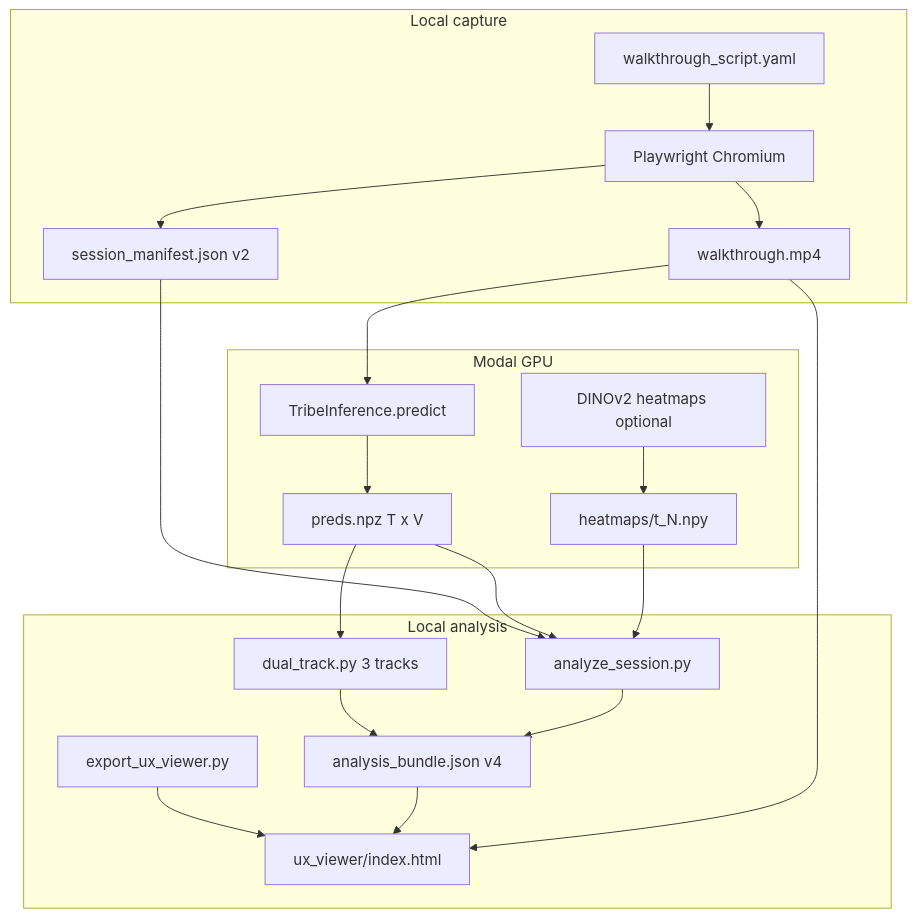
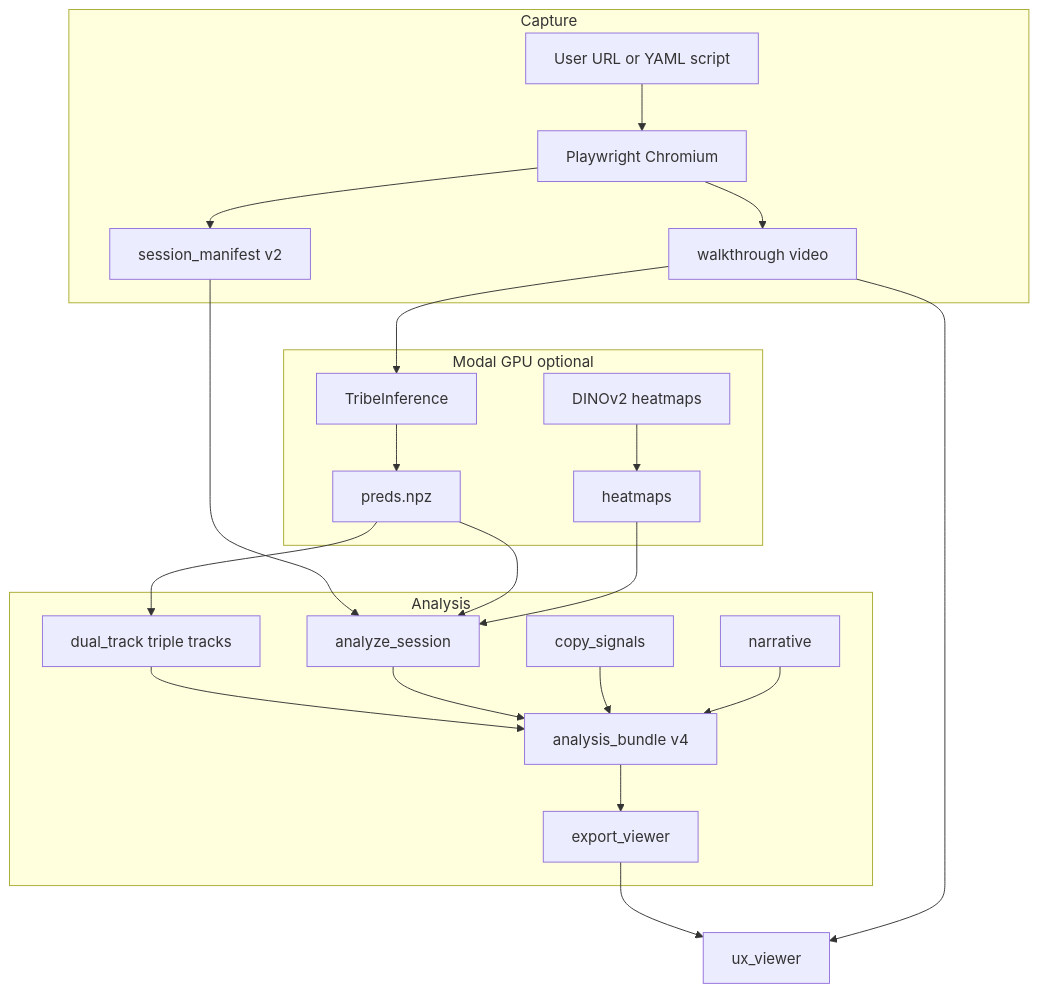
Before and after one commit to hnaracodes/Salience: the diagram in README.md, drawn with Mermaid. The commit also changed other lines of this file and 181 other files, not shown here.

````diff
--- a/README.md
+++ b/README.md
@@ -61,37 +126,40 @@
 ```mermaid
 flowchart TB
-  subgraph capture [Local capture]
-    YAML[walkthrough_script.yaml]
+  subgraph capture [Capture]
+    URL[User URL or YAML script]
     PW[Playwright Chromium]
-    VID[walkthrough.mp4]
-    MAN[session_manifest.json v2]
-    YAML --> PW
-    PW --> VID
+    VID[walkthrough video]
+    MAN[session_manifest v2]
+    URL --> PW --> VID
     PW --> MAN
   end
 
-  subgraph modal [Modal GPU]
-    TRIBE[TribeInference.predict]
-    DINO[DINOv2 heatmaps optional]
-    TRIBE --> PREDS[preds.npz T x V]
-    DINO --> HM[heatmaps/t_N.npy]
+  subgraph gpu [Modal GPU optional]
+    TRIBE[TribeInference]
+    DINO[DINOv2 heatmaps]
+    TRIBE --> PREDS[preds.npz]
+    DINO --> HM[heatmaps]
   end
 
-  subgraph analysis [Local analysis]
-    DT[dual_track.py 3 tracks]
-    AN[analyze_session.py]
-    EXP[export_ux_viewer.py]
-    BUNDLE[analysis_bundle.json v4]
+  subgraph analysis [Analysis]
+    DT[dual_track triple tracks]
+    CP[copy_signals]
+    AN[analyze_session]
+    NV[narrative]
+    EXP[export_viewer]
+    BUNDLE[analysis_bundle v4]
     DT --> BUNDLE
     AN --> BUNDLE
-    EXP --> VIEWER[ux_viewer/index.html]
+    CP --> BUNDLE
+    BUNDLE --> EXP
+    NV --> BUNDLE
   end
 
   VID --> TRIBE
   MAN --> AN
   PREDS --> DT
   PREDS --> AN
   HM --> AN
-  BUNDLE --> VIEWER
+  EXP --> VIEWER[ux_viewer]
   VID --> VIEWER
 ```
````
